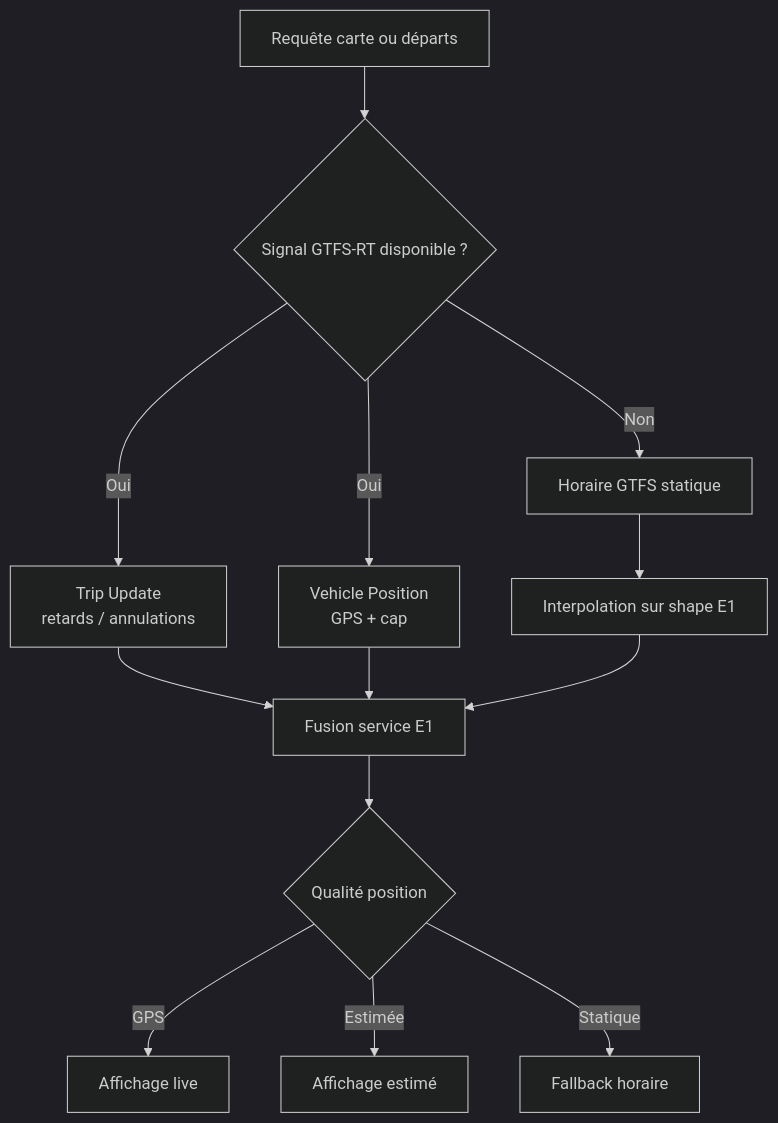
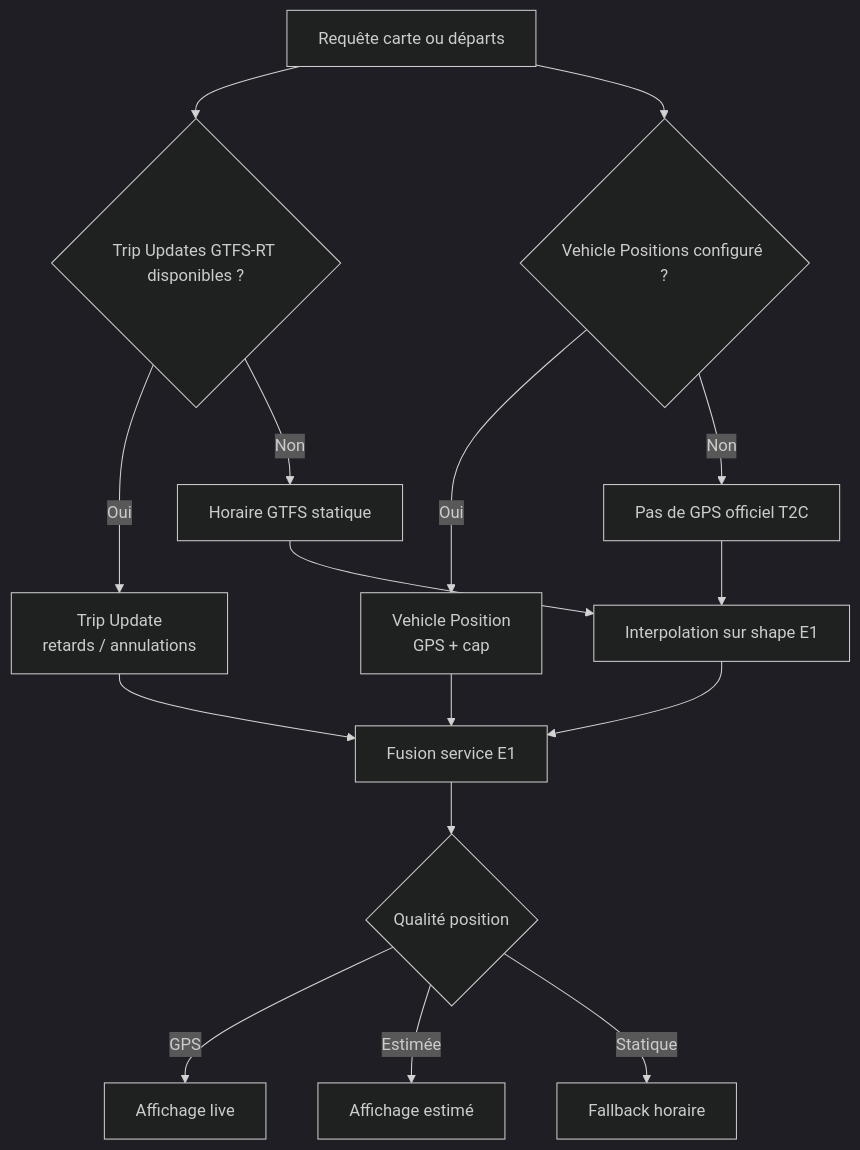
The second of 3 diagrams in README.md (nickdesi/BusTrainGerzat), drawn with Mermaid (dark theme) before and after one commit. The commit also changed other lines of this file and 2 other files, not shown here.

Commit message:
Clarify E1 map position sources

````diff
--- a/README.md
+++ b/README.md
@@ -151,15 +153,18 @@
 ```mermaid
 flowchart TD
-  Request[Requête carte ou départs] --> HasRealtime{Signal GTFS-RT disponible ?}
+  Request[Requête carte ou départs] --> HasRealtime{Trip Updates GTFS-RT disponibles ?}
   HasRealtime -- Oui --> TripUpdate["Trip Update<br/>retards / annulations"]
-  HasRealtime -- Oui --> VehicleGPS["Vehicle Position<br/>GPS + cap"]
+  Request --> HasGps{Vehicle Positions configuré ?}
+  HasGps -- Oui --> VehicleGPS["Vehicle Position<br/>GPS + cap"]
+  HasGps -- Non --> NoGps[Pas de GPS officiel T2C]
   HasRealtime -- Non --> Static[Horaire GTFS statique]
   TripUpdate --> Merge[Fusion service E1]
   VehicleGPS --> Merge
+  NoGps --> Interpolation
   Static --> Interpolation[Interpolation sur shape E1]
   Interpolation --> Merge
   Merge --> Confidence{Qualité position}
   Confidence -- GPS --> Live[Affichage live]
   Confidence -- Estimée --> Estimated[Affichage estimé]
   Confidence -- Statique --> Fallback[Fallback horaire]
 ```
````
